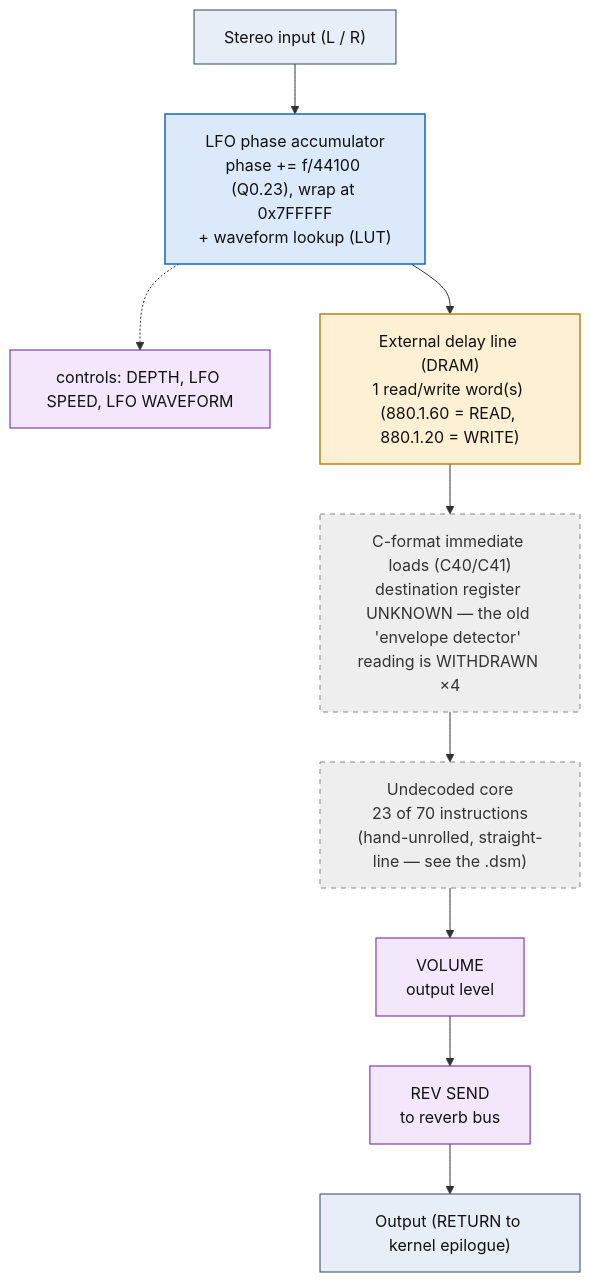
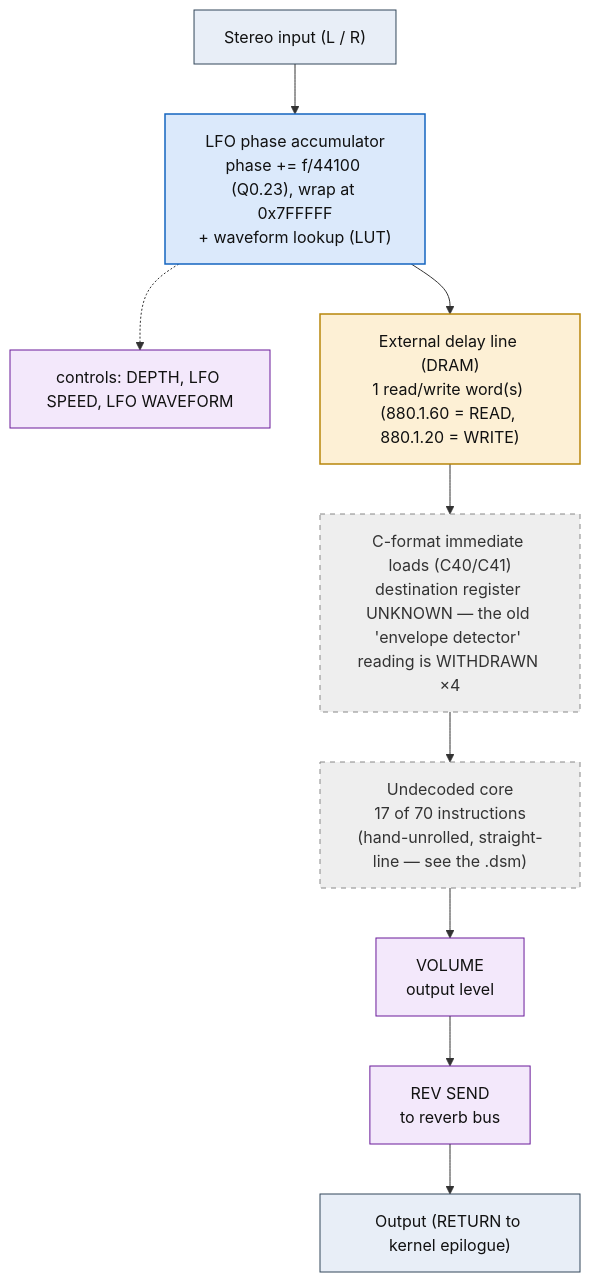
One commit to ArqueologiaDigital/kn5000-roms-disasm changed the diagram in dsp/flowcharts/prog01_chorus.md. Above: the diagram before and after it, drawn with Mermaid. The commit also changed other lines of this file and 78 other files, not shown here.

````diff
--- a/dsp/flowcharts/prog01_chorus.md
+++ b/dsp/flowcharts/prog01_chorus.md
@@ -12,32 +12,32 @@
 ```mermaid
 flowchart TD
     N0["Stereo input (L / R)"]
     N1["LFO phase accumulator<br/>phase += f/44100 (Q0.23), wrap at 0x7FFFFF<br/>+ waveform lookup (LUT)"]
     N0 --> N1
     N2["controls: DEPTH, LFO SPEED, LFO WAVEFORM"]
     N1 -.-> N2
     N3["External delay line (DRAM)<br/>1 read/write word(s) (880.1.60 = READ, 880.1.20 = WRITE)"]
     N1 --> N3
     N4["C-format immediate loads (C40/C41)<br/>destination register UNKNOWN &mdash; the old 'envelope detector' reading is WITHDRAWN &times;4"]
     N3 --> N4
-    N5["Undecoded core<br/>23 of 70 instructions<br/>(hand-unrolled, straight-line &mdash; see the .dsm)"]
+    N5["Undecoded core<br/>17 of 70 instructions<br/>(hand-unrolled, straight-line &mdash; see the .dsm)"]
     N4 --> N5
     N6["VOLUME<br/>output level"]
     N5 --> N6
     N7["REV SEND<br/>to reverb bus"]
     N6 --> N7
     N8["Output (RETURN to kernel epilogue)"]
     N7 --> N8
 
     classDef io fill:#e8eef7,stroke:#33475b,stroke-width:1px,color:#111;
     classDef proven fill:#d7f0d7,stroke:#2e7d32,stroke-width:2px,color:#111;
     classDef measured fill:#dbe9fb,stroke:#1565c0,stroke-width:1.5px,color:#111;
     classDef inferred fill:#fdf0d5,stroke:#b8860b,stroke-width:1.5px,color:#111;
     classDef open fill:#eeeeee,stroke:#888,stroke-width:1px,color:#333,stroke-dasharray:5 5;
     classDef ctrl fill:#f3e8fb,stroke:#6a1b9a,stroke-width:1px,color:#111;
     class N0,N8 io;
     class N1 measured;
     class N2,N6,N7 ctrl;
     class N3 inferred;
     class N4,N5 open;
 ```
````
